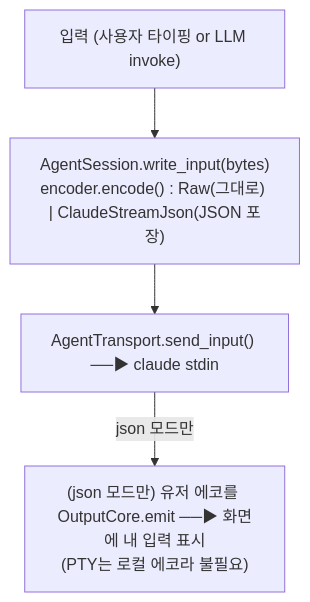
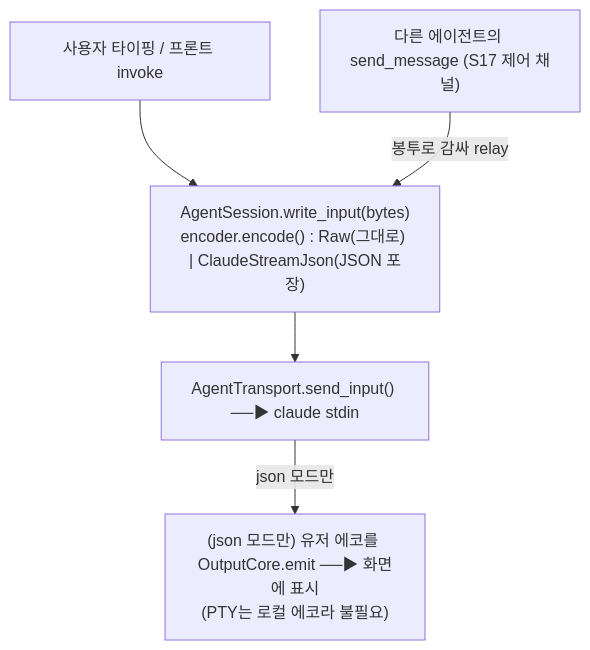
One commit to kimsunzun/engram-dashboard changed the sixth of 18 diagrams in docs/reference/architecture-overview.md. Above: the diagram before and after it, drawn with Mermaid. The commit also changed other lines of this file, not shown here.

````diff
--- a/docs/reference/architecture-overview.md
+++ b/docs/reference/architecture-overview.md
@@ -203,10 +222,13 @@
 ```mermaid
 flowchart TD
-  IN["입력 (사용자 타이핑 or LLM invoke)"]
+  IN1["사용자 타이핑 / 프론트 invoke"]
+  IN2["다른 에이전트의 send_message (S17 제어 채널)"]
   WI["AgentSession.write_input(bytes)<br/>encoder.encode() : Raw(그대로) | ClaudeStreamJson(JSON 포장)"]
   SI["AgentTransport.send_input() ──▶ claude stdin"]
-  ECHO["(json 모드만) 유저 에코를 OutputCore.emit ──▶ 화면에 내 입력 표시<br/>(PTY는 로컬 에코라 불필요)"]
+  ECHO["(json 모드만) 유저 에코를 OutputCore.emit ──▶ 화면에 표시<br/>(PTY는 로컬 에코라 불필요)"]
 
-  IN --> WI --> SI
+  IN1 --> WI
+  IN2 -->|"봉투로 감싸 relay"| WI
+  WI --> SI
   SI -->|"json 모드만"| ECHO
 ```
````
